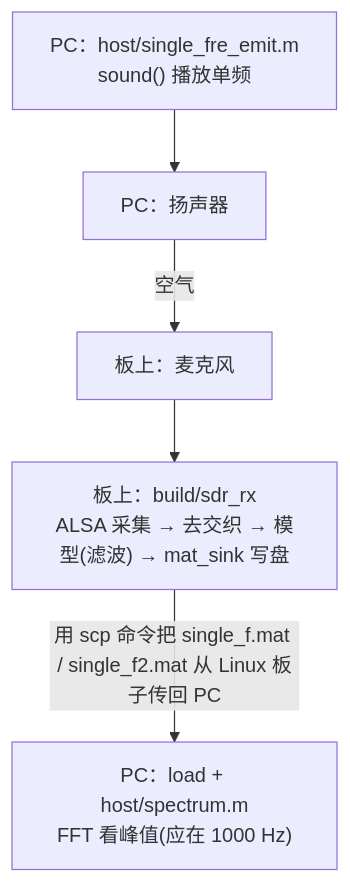
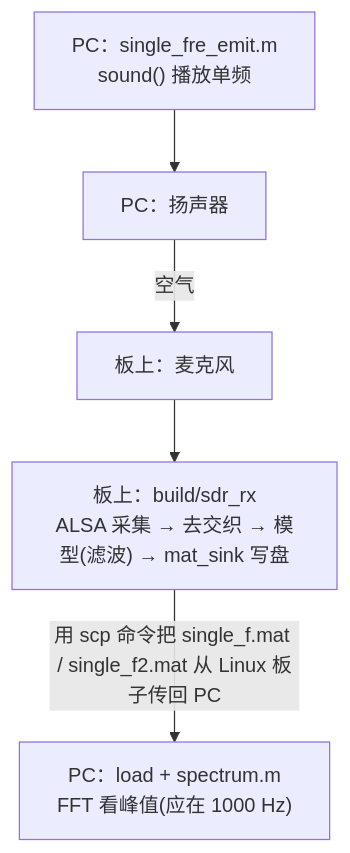
The diagram in documents/实验一_单频信号.md (padhialuo0426/portable-acoustic-sdr), drawn with Mermaid before and after one commit. The commit also changed other lines of this file and 100 other files, not shown here.

````diff
--- a/documents/实验一_单频信号.md
+++ b/documents/实验一_单频信号.md
@@ -10,11 +10,11 @@
 ```mermaid
 flowchart TD
-    emit["PC：host/single_fre_emit.m<br/>sound() 播放单频"]
+    emit["PC：single_fre_emit.m<br/>sound() 播放单频"]
     spk["PC：扬声器"]
     mic["板上：麦克风"]
     rx["板上：build/sdr_rx<br/>ALSA 采集 → 去交织 → 模型(滤波) → mat_sink 写盘"]
-    dec["PC：load + host/spectrum.m<br/>FFT 看峰值(应在 1000 Hz)"]
+    dec["PC：load + spectrum.m<br/>FFT 看峰值(应在 1000 Hz)"]
 
     emit --> spk -->|"空气"| mic --> rx
     rx -->|"用 scp 命令把 single_f.mat / single_f2.mat 从 Linux 板子传回 PC"| dec
 ```
````
